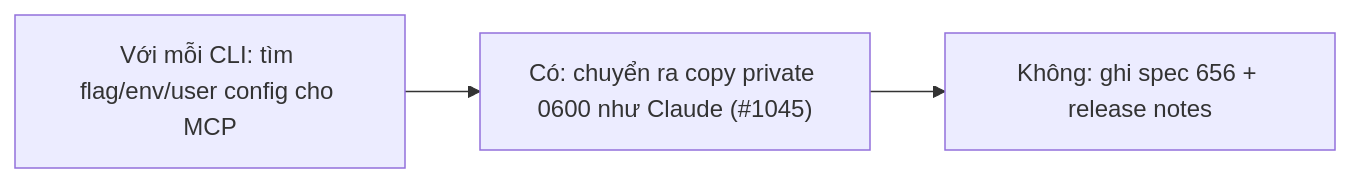
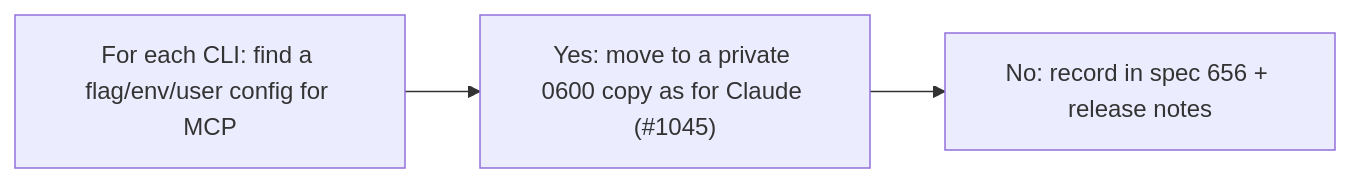
Before and after one commit to jangtrinh/design-os-studio: the diagram in plans/specs/v0.7-effects-export/us/US-14.md, drawn with Mermaid. The commit also changed other lines of this file and 38 other files, not shown here.

````diff
--- a/plans/specs/v0.7-effects-export/us/US-14.md
+++ b/plans/specs/v0.7-effects-export/us/US-14.md
@@ -38,5 +38,5 @@
 ```mermaid
 flowchart LR
-  A["Với mỗi CLI: tìm flag/env/user config cho MCP"] --> B["Có: chuyển ra copy private 0600 như Claude (#1045)"]
-  B --> C["Không: ghi spec 656 + release notes"]
+  A["For each CLI: find a flag/env/user config for MCP"] --> B["Yes: move to a private 0600 copy as for Claude (#1045)"]
+  B --> C["No: record in spec 656 + release notes"]
 ```
````
